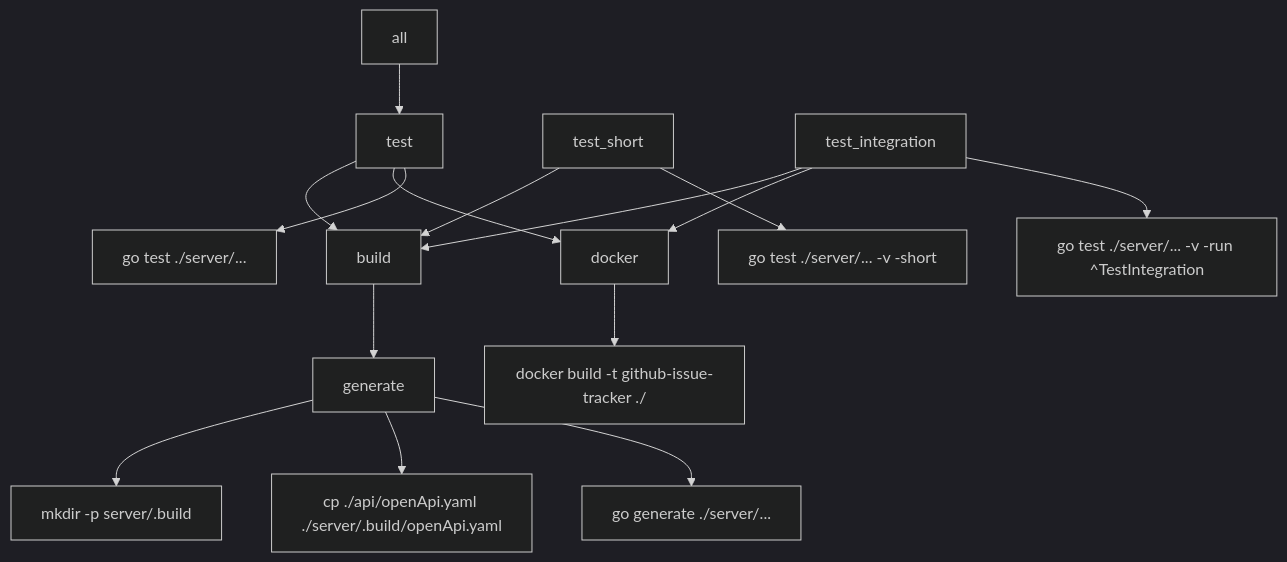
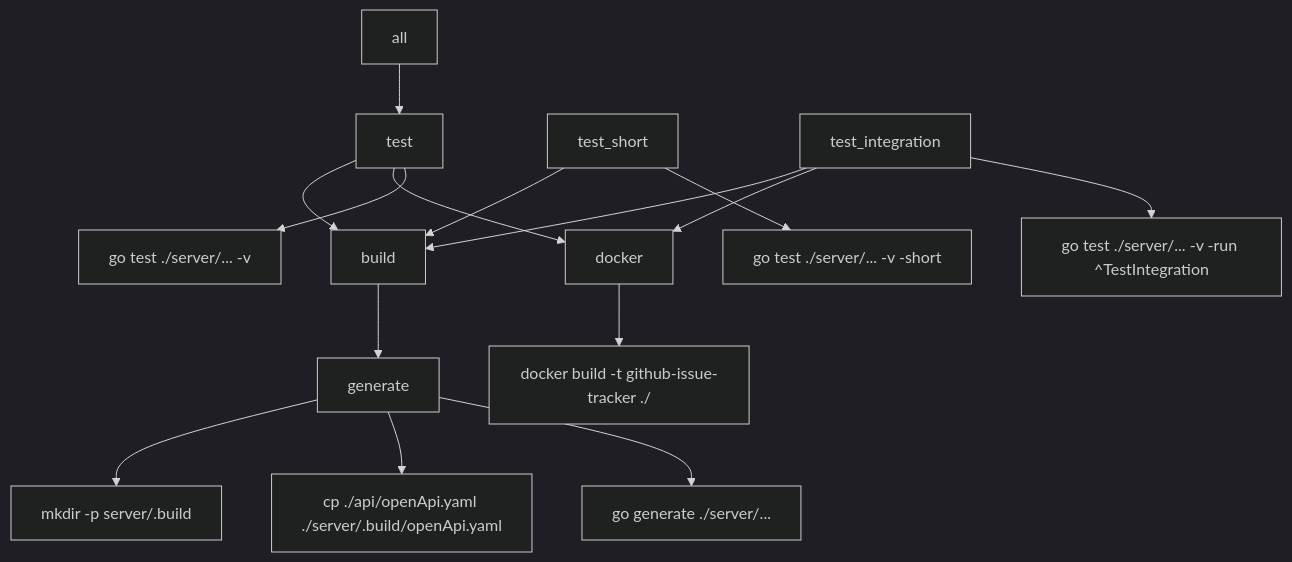
Before and after one commit to jfujitani/github-issue-tracker: the diagram in Readme.md, drawn with Mermaid (dark theme).

Commit message:
diagram update

````diff
--- a/Readme.md
+++ b/Readme.md
@@ -3,17 +3,17 @@
 ```mermaid
 flowchart TD
     A[all] --> B[test]
     B --> C[build]
     B --> D[docker]
-    B --> N[go test ./server/...]
-    C --> E[generate]
-    E --> F[mkdir -p server/.build]
-    E --> G[cp ./api/openApi.yaml ./server/.build/openApi.yaml]
-    E --> H[go generate ./server/...]
-    D --> I[docker build -t github-issue-tracker ./]
-    J[test_short] --> C
-    J --> K[go test ./server/... -v -short]
-    L[test_integration] --> C
-    L --> D
-    L --> M[go test ./server/... -v -run ^TestIntegration]
+    B --> E[go test ./server/... -v]
+    C --> F[generate]
+    F --> G[mkdir -p server/.build]
+    F --> H[cp ./api/openApi.yaml ./server/.build/openApi.yaml]
+    F --> I[go generate ./server/...]
+    D --> J[docker build -t github-issue-tracker ./]
+    K[test_short] --> C
+    K --> L[go test ./server/... -v -short]
+    M[test_integration] --> C
+    M --> D
+    M --> N[go test ./server/... -v -run ^TestIntegration]
 ```
````
